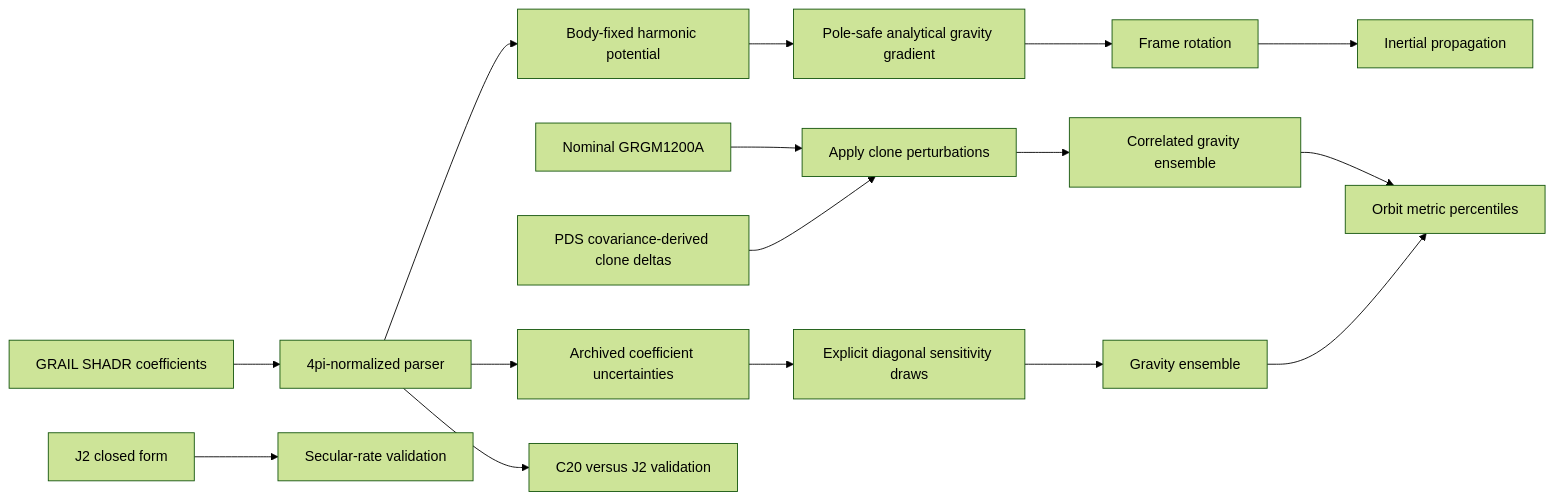
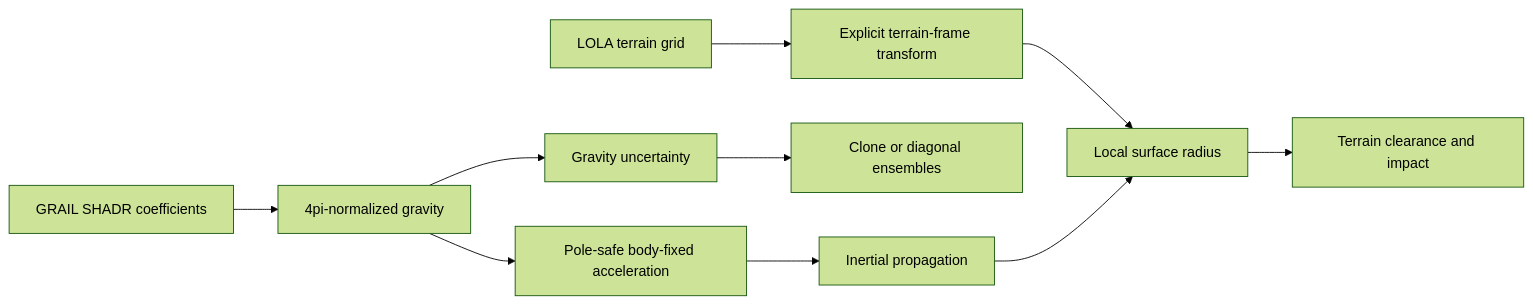
One commit to sylvesterkaczmarek/lunar-astrodynamics-simulation changed the diagram in README.md. Above: the diagram before and after it, drawn with Mermaid (forest theme). The commit also changed other lines of this file and 14 other files, not shown here.

First line of the commit message:
Add LOLA terrain-aware lunar clearance and impact

````diff
--- a/README.md
+++ b/README.md
@@ -13,18 +13,12 @@
 ```mermaid
 flowchart LR
-    A[GRAIL SHADR coefficients] --> B[4pi-normalized parser]
-    B --> C[Body-fixed harmonic potential]
-    C --> D[Pole-safe analytical gravity gradient]
-    D --> E[Frame rotation]
-    E --> F[Inertial propagation]
-    B --> U[Archived coefficient uncertainties]
-    U --> V[Explicit diagonal sensitivity draws]
-    N[Nominal GRGM1200A] --> W[Apply clone perturbations]
-    K[PDS covariance-derived clone deltas] --> W
-    W --> X[Correlated gravity ensemble]
-    V --> Y[Gravity ensemble]
-    X --> Z[Orbit metric percentiles]
-    Y --> Z
-    G[J2 closed form] --> H[Secular-rate validation]
-    B --> I[C20 versus J2 validation]
+    A[GRAIL SHADR coefficients] --> B[4pi-normalized gravity]
+    B --> C[Pole-safe body-fixed acceleration]
+    C --> D[Inertial propagation]
+    B --> U[Gravity uncertainty]
+    U --> V[Clone or diagonal ensembles]
+    L[LOLA terrain grid] --> T[Explicit terrain-frame transform]
+    T --> Q[Local surface radius]
+    D --> Q
+    Q --> R[Terrain clearance and impact]
 ```
````
